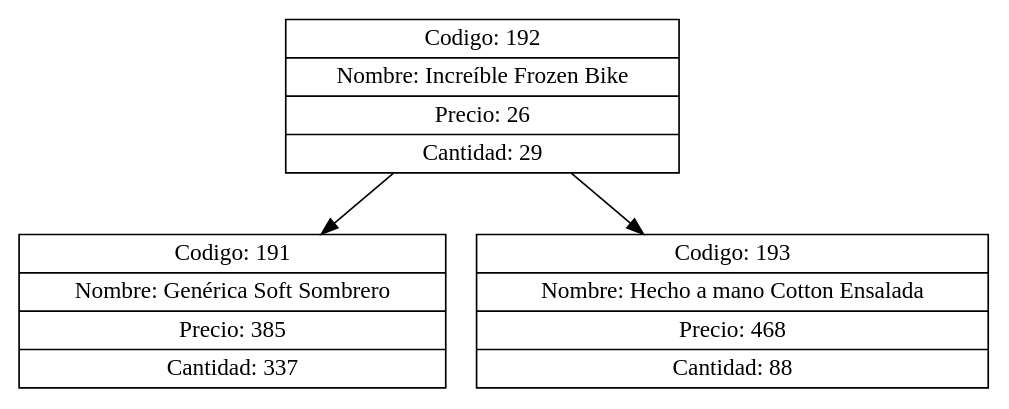
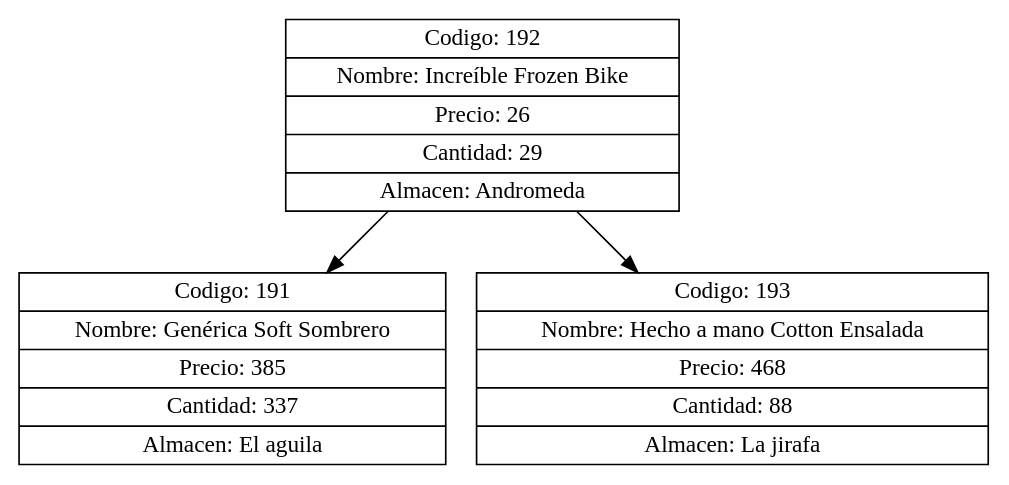
Before and after one commit to Pdante1897/EDD_VirtualMall_201700945: the diagram in src/Graphviz/files/ArbolBritoS.L.5.dot, drawn with Graphviz. The commit also changed 91 other files, not shown here.

```diff
--- a/src/Graphviz/files/ArbolBritoS.L.5.dot
+++ b/src/Graphviz/files/ArbolBritoS.L.5.dot
@@ -1,8 +1,8 @@
 digraph G{
 node[shape="box" shape="record"]
-nodo192[label="{ Codigo: 192 | Nombre: Increíble Frozen Bike | Precio: 26 | Cantidad: 29}"];
-nodo191[label="{ Codigo: 191 | Nombre: Genérica Soft Sombrero | Precio: 385 | Cantidad: 337}"];
+nodo192[label="{ Codigo: 192 | Nombre: Increíble Frozen Bike | Precio: 26 | Cantidad: 29 | Almacen: Andromeda}"];
+nodo191[label="{ Codigo: 191 | Nombre: Genérica Soft Sombrero | Precio: 385 | Cantidad: 337 | Almacen: El aguila}"];
 nodo192->nodo191;
-nodo193[label="{ Codigo: 193 | Nombre: Hecho a mano Cotton Ensalada | Precio: 468 | Cantidad: 88}"];
+nodo193[label="{ Codigo: 193 | Nombre: Hecho a mano Cotton Ensalada | Precio: 468 | Cantidad: 88 | Almacen: La jirafa}"];
 nodo192->nodo193;
 }
```
